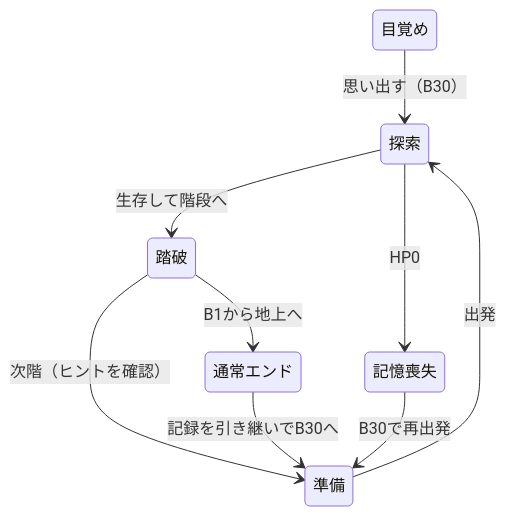
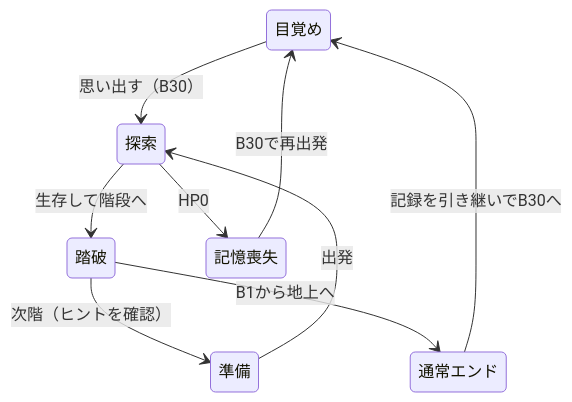
Before and after one commit to spf33yk/Auto-Dungeon-RPG: the diagram in SYSTEM_DESIGN.md, drawn with Mermaid. The commit also changed other lines of this file and 14 other files, not shown here.

````diff
--- a/SYSTEM_DESIGN.md
+++ b/SYSTEM_DESIGN.md
@@ -22,11 +22,11 @@
 ```mermaid
 stateDiagram-v2
     目覚め --> 探索: 思い出す（B30）
     準備 --> 探索: 出発
     探索 --> 踏破: 生存して階段へ
     探索 --> 記憶喪失: HP0
     踏破 --> 準備: 次階（ヒントを確認）
     踏破 --> 通常エンド: B1から地上へ
-    記憶喪失 --> 準備: B30で再出発
-    通常エンド --> 準備: 記録を引き継いでB30へ
+    記憶喪失 --> 目覚め: B30で再出発
+    通常エンド --> 目覚め: 記録を引き継いでB30へ
 ```
````
